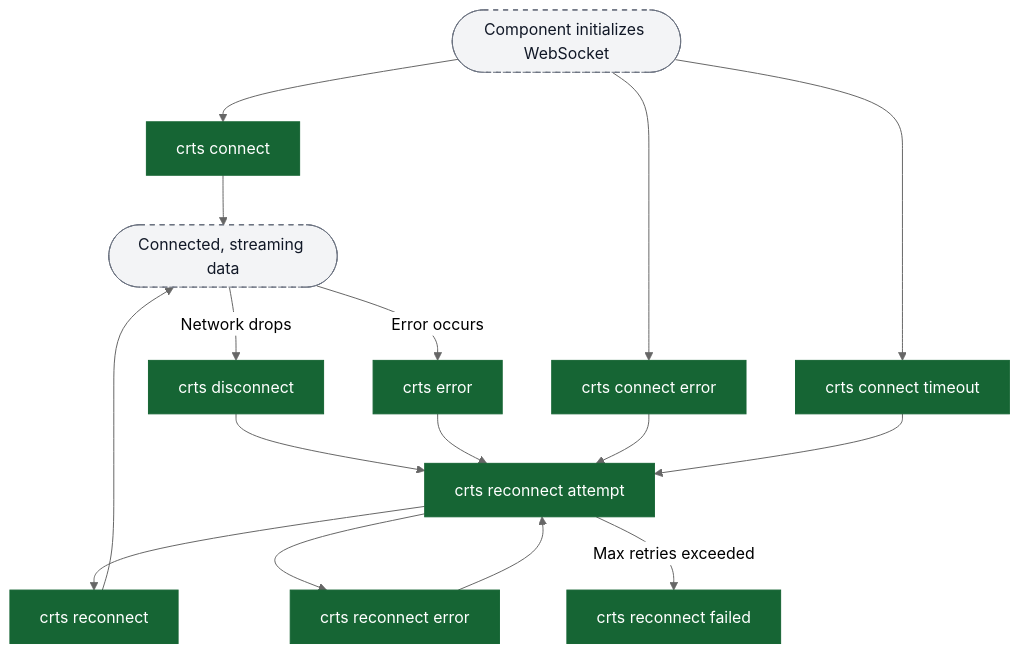
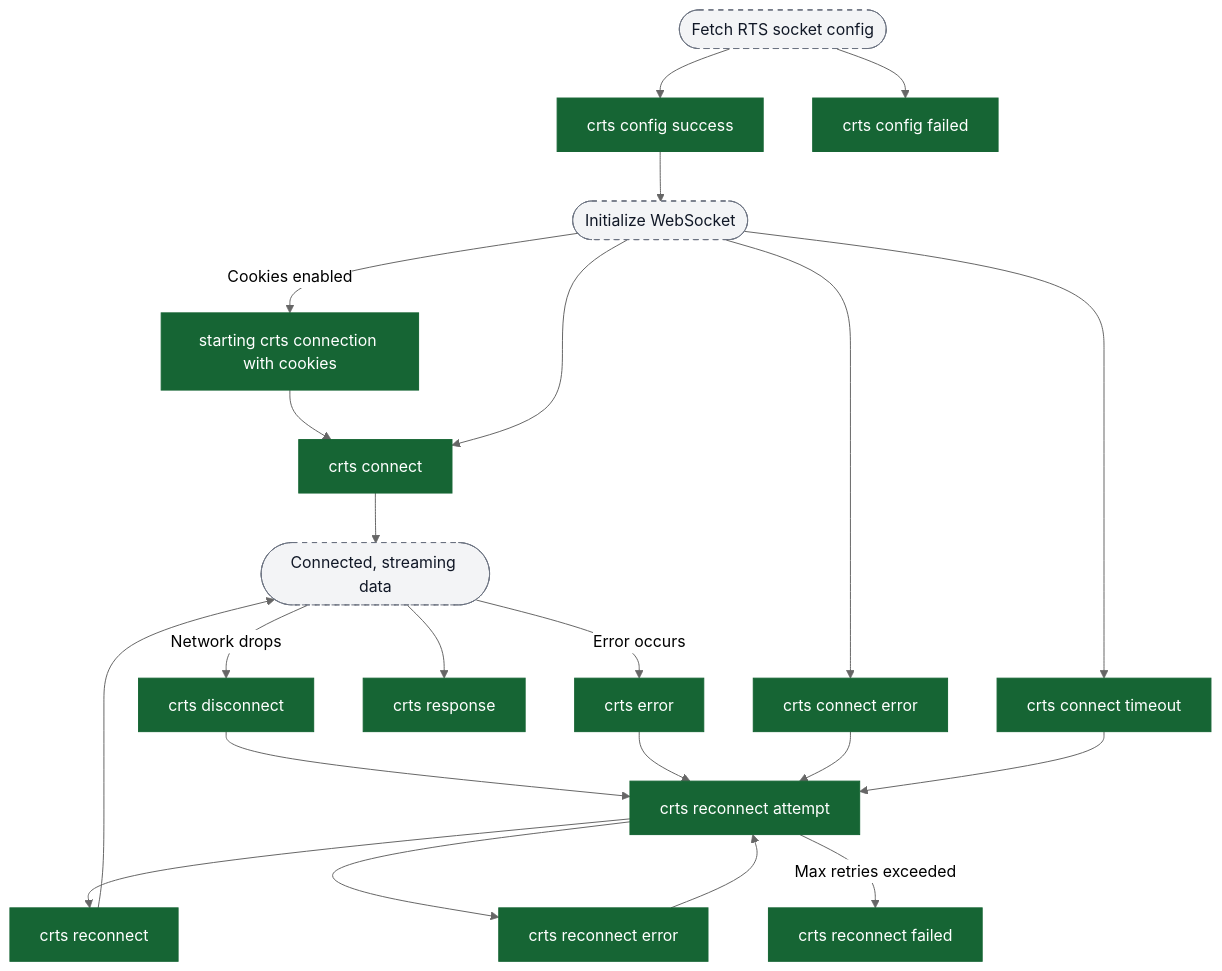
Before and after one commit to ratulsarna/chalo-app-dashboard: the fourth of 10 diagrams in content/analytics/live-tracking/flow-diagrams.md, drawn with Mermaid (neutral theme). The commit also changed other lines of this file and 1 other file, not shown here.

Commit message:
feat(analytics): update event descriptions and flow diagrams for live tracking, including new socket events and feedback properties

````diff
--- a/content/analytics/live-tracking/flow-diagrams.md
+++ b/content/analytics/live-tracking/flow-diagrams.md
@@ -82,30 +84,37 @@
 ```mermaid
 flowchart TD
-  ui_socketInit([Component initializes WebSocket]) --> ev_connect["crts connect"]
+  ui_socketConfig([Fetch RTS socket config]) --> ev_configSuccess["crts config success"]
+  ui_socketConfig --> ev_configFailed["crts config failed"]
+
+  ev_configSuccess --> ui_socketInit([Initialize WebSocket])
+  ui_socketInit -->|Cookies enabled| ev_cookieConnect["starting crts connection with cookies"]
+  ev_cookieConnect --> ev_connect["crts connect"]
+  ui_socketInit --> ev_connect
   ui_socketInit --> ev_connectError["crts connect error"]
   ui_socketInit --> ev_connectTimeout["crts connect timeout"]
 
   ev_connect --> ui_connected([Connected, streaming data])
+  ui_connected --> ev_response["crts response"]
 
   ui_connected -->|Network drops| ev_disconnect["crts disconnect"]
   ui_connected -->|Error occurs| ev_error["crts error"]
 
   ev_disconnect --> ev_reconnectAttempt["crts reconnect attempt"]
   ev_error --> ev_reconnectAttempt
   ev_connectError --> ev_reconnectAttempt
   ev_connectTimeout --> ev_reconnectAttempt
 
   ev_reconnectAttempt --> ev_reconnect["crts reconnect"]
   ev_reconnectAttempt --> ev_reconnectError["crts reconnect error"]
 
   ev_reconnect --> ui_connected
   ev_reconnectError --> ev_reconnectAttempt
 
   ev_reconnectAttempt -->|Max retries exceeded| ev_reconnectFailed["crts reconnect failed"]
 
   classDef event fill:#166534,stroke:#166534,color:#ffffff;
   classDef ui fill:#f3f4f6,stroke:#6b7280,stroke-dasharray: 5 5,color:#111827;
 
-  class ev_connect,ev_connectError,ev_connectTimeout,ev_disconnect,ev_error,ev_reconnectAttempt,ev_reconnect,ev_reconnectError,ev_reconnectFailed event;
-  class ui_socketInit,ui_connected ui;
+  class ev_configSuccess,ev_configFailed,ev_cookieConnect,ev_connect,ev_connectError,ev_connectTimeout,ev_response,ev_disconnect,ev_error,ev_reconnectAttempt,ev_reconnect,ev_reconnectError,ev_reconnectFailed event;
+  class ui_socketConfig,ui_socketInit,ui_connected ui;
 ```
````
